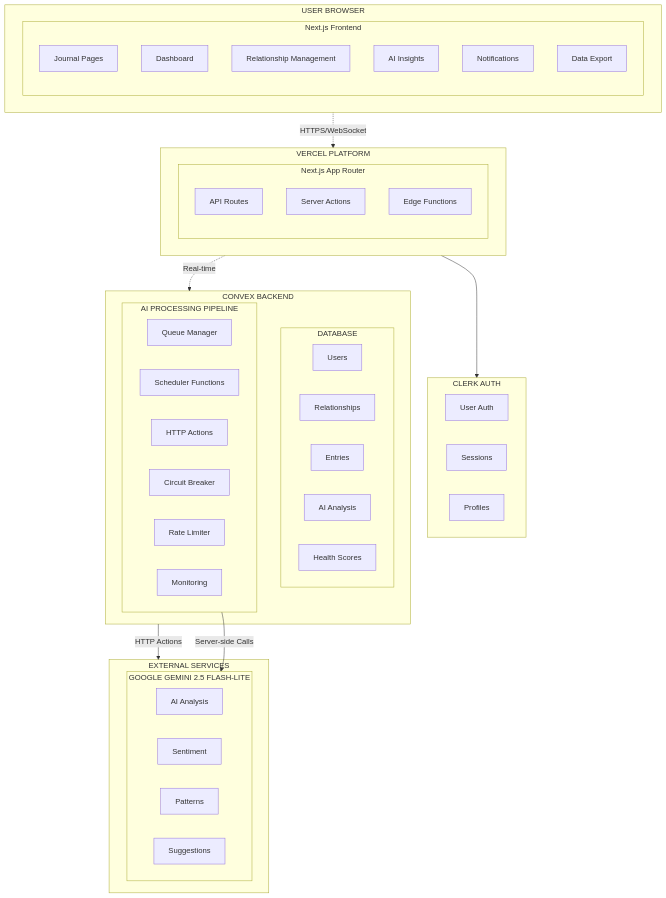
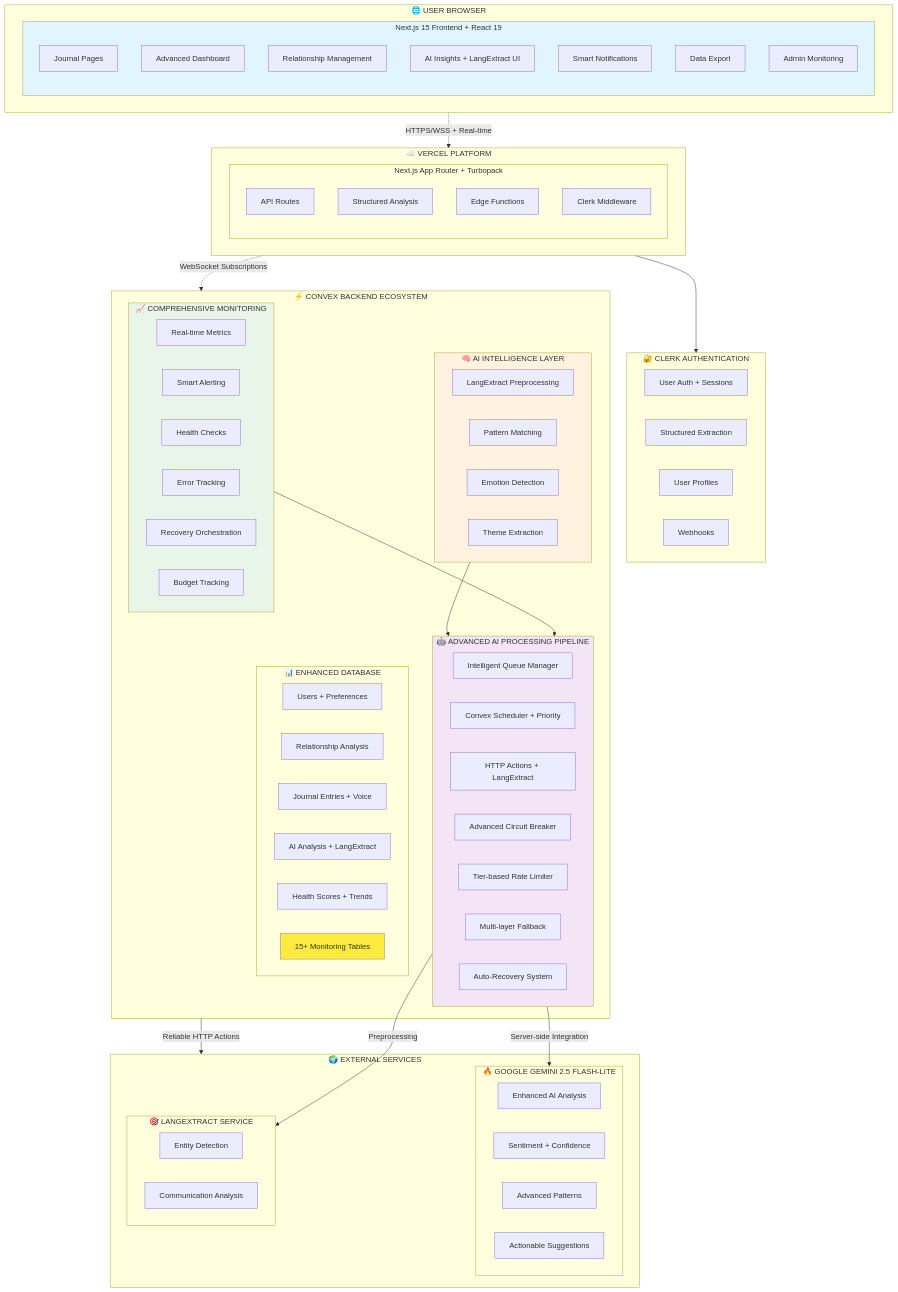
One commit to tcynic/resonant changed the first of 10 diagrams in docs/architecture/system-architecture.md. Above: the diagram before and after it, drawn with Mermaid. The commit also changed other lines of this file and 15 other files, not shown here.

First line of the commit message:
feat: Update documentation to reflect production architecture and LangExtract integration

````diff
--- a/docs/architecture/system-architecture.md
+++ b/docs/architecture/system-architecture.md
@@ -5,61 +5,99 @@
 ```mermaid
 graph TB
-    subgraph Browser["USER BROWSER"]
-        subgraph Frontend["Next.js Frontend"]
+    subgraph Browser["🌐 USER BROWSER"]
+        subgraph Frontend["Next.js 15 Frontend + React 19"]
             JP["Journal Pages"]
-            DB["Dashboard"]
+            DB["Advanced Dashboard"]
             RM["Relationship Management"]
-            AI["AI Insights"]
-            NO["Notifications"]
+            AI["AI Insights + LangExtract UI"]
+            NO["Smart Notifications"]
             DE["Data Export"]
+            ADM["Admin Monitoring"]
         end
     end
 
-    subgraph Vercel["VERCEL PLATFORM"]
-        subgraph AppRouter["Next.js App Router"]
+    subgraph Vercel["☁️ VERCEL PLATFORM"]
+        subgraph AppRouter["Next.js App Router + Turbopack"]
             AR["API Routes"]
             SA["Server Actions"]
             EF["Edge Functions"]
+            MW["Clerk Middleware"]
         end
     end
 
-    subgraph ClerkAuth["CLERK AUTH"]
-        UA["User Auth"]
-        SE["Sessions"]
-        PR["Profiles"]
+    subgraph ClerkAuth["🔐 CLERK AUTHENTICATION"]
+        UA["User Auth + Sessions"]
+        SE["Social Login"]
+        PR["User Profiles"]
+        WH["Webhooks"]
     end
 
-    subgraph ConvexBackend["CONVEX BACKEND"]
-        subgraph Database["DATABASE"]
-            US["Users"]
-            RE["Relationships"]
-            EN["Entries"]
-            AIR["AI Analysis"]
-            HS["Health Scores"]
+    subgraph ConvexBackend["⚡ CONVEX BACKEND ECOSYSTEM"]
+        subgraph Database["📊 ENHANCED DATABASE"]
+            US["Users + Preferences"]
+            RE["Relationships + Metadata"]
+            EN["Journal Entries + Voice"]
+            AIR["AI Analysis + LangExtract"]
+            HS["Health Scores + Trends"]
+            MON["15+ Monitoring Tables"]
         end
 
-        subgraph Processing["AI PROCESSING PIPELINE"]
-            QM["Queue Manager"]
-            SF["Scheduler Functions"]
-            HA["HTTP Actions"]
-            CB["Circuit Breaker"]
-            RL["Rate Limiter"]
-            MN["Monitoring"]
+        subgraph Processing["🤖 ADVANCED AI PROCESSING PIPELINE"]
+            QM["Intelligent Queue Manager"]
+            SF["Convex Scheduler + Priority"]
+            HA["HTTP Actions + LangExtract"]
+            CB["Advanced Circuit Breaker"]
+            RL["Tier-based Rate Limiter"]
+            FB["Multi-layer Fallback"]
+            REC["Auto-Recovery System"]
+        end
+
+        subgraph Intelligence["🧠 AI INTELLIGENCE LAYER"]
+            LE["LangExtract Preprocessing"]
+            SA["Structured Analysis"]
+            PM["Pattern Matching"]
+            EM["Emotion Detection"]
+            TH["Theme Extraction"]
+        end
+
+        subgraph Monitoring["📈 COMPREHENSIVE MONITORING"]
+            MN["Real-time Metrics"]
+            AL["Smart Alerting"]
+            HC["Health Checks"]
+            ER["Error Tracking"]
+            RO["Recovery Orchestration"]
+            BT["Budget Tracking"]
         end
     end
 
-    subgraph External["EXTERNAL SERVICES"]
-        subgraph GeminiAI["GOOGLE GEMINI 2.5 FLASH-LITE"]
-            AIA["AI Analysis"]
-            SEN["Sentiment"]
-            PAT["Patterns"]
-            SUG["Suggestions"]
+    subgraph External["🌍 EXTERNAL SERVICES"]
+        subgraph GeminiAI["🔥 GOOGLE GEMINI 2.5 FLASH-LITE"]
+            AIA["Enhanced AI Analysis"]
+            SEN["Sentiment + Confidence"]
+            PAT["Advanced Patterns"]
+            SUG["Actionable Suggestions"]
+        end
+
+        subgraph LangExtractAPI["🎯 LANGEXTRACT SERVICE"]
+            SE["Structured Extraction"]
+            ED["Entity Detection"]
+            RE["Relationship Analysis"]
+            CA["Communication Analysis"]
         end
     end
 
-    Browser -.->|HTTPS/WebSocket| Vercel
+    Browser -.->|HTTPS/WSS + Real-time| Vercel
     Vercel --> ClerkAuth
-    Vercel -.->|Real-time| ConvexBackend
-    ConvexBackend -->|HTTP Actions| External
-    Processing -->|Server-side Calls| GeminiAI
+    Vercel -.->|WebSocket Subscriptions| ConvexBackend
+    ConvexBackend -->|Reliable HTTP Actions| External
+    Processing -->|Server-side Integration| GeminiAI
+    Processing -->|Preprocessing| LangExtractAPI
+    Intelligence --> Processing
+    Monitoring --> Processing
+
+    style Frontend fill:#e1f5fe
+    style Processing fill:#f3e5f5
+    style Intelligence fill:#fff3e0
+    style Monitoring fill:#e8f5e8
+    style MON fill:#ffeb3b
 ```
````
